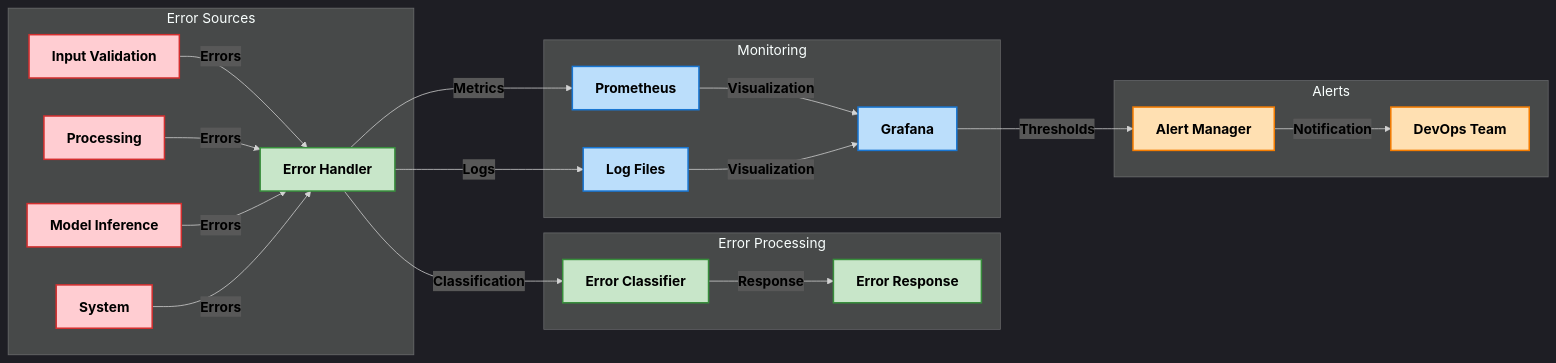
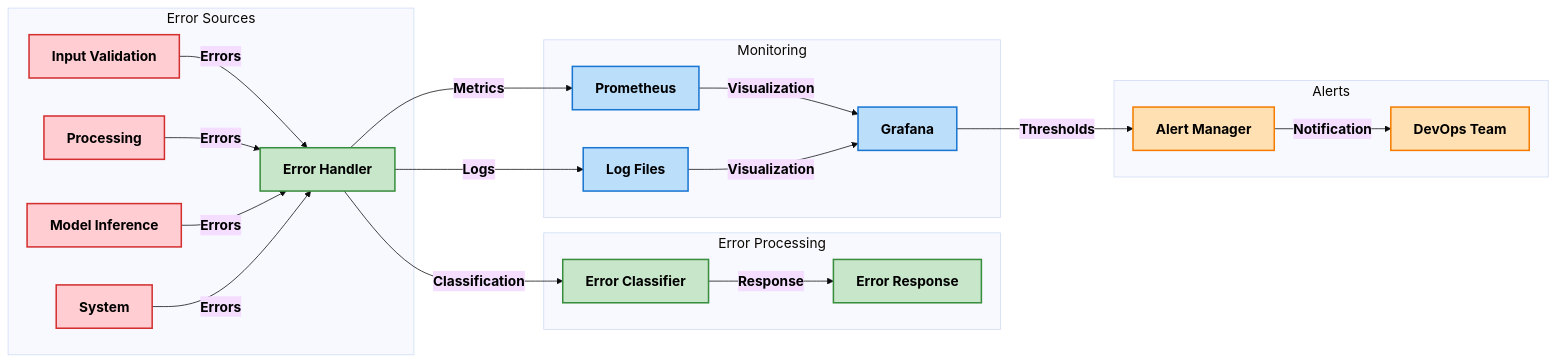
The diagram in docs/images/Error Handling and Monitoring.mmd (Dhruv0306/SymphonyProject1), drawn with Mermaid before and after one commit. The commit also changed 38 other files, not shown here.

```diff
--- a/docs/images/Error Handling and Monitoring.mmd
+++ b/docs/images/Error Handling and Monitoring.mmd
@@ -1,39 +1,39 @@
-%%{init: {'theme': 'dark', 'themeVariables': { 'fontFamily': 'arial', 'fontSize': '18px', 'fontWeight': 'bold'}}}%%
+%%{init: {'theme': 'base', 'themeVariables': { 'fontFamily': 'arial', 'fontSize': '18px', 'fontWeight': 'bold'}}}%%
 graph LR
     subgraph "Error Sources"
         style A1 fill:#ffcdd2,stroke:#d32f2f,stroke-width:2px,color:#000000,font-weight:bold
         style A2 fill:#ffcdd2,stroke:#d32f2f,stroke-width:2px,color:#000000,font-weight:bold
         style A3 fill:#ffcdd2,stroke:#d32f2f,stroke-width:2px,color:#000000,font-weight:bold
         style A4 fill:#ffcdd2,stroke:#d32f2f,stroke-width:2px,color:#000000,font-weight:bold
         A1["Input Validation"] -->|"Errors"| B["Error Handler"]
         A2["Processing"] -->|"Errors"| B
         A3["Model Inference"] -->|"Errors"| B
         A4["System"] -->|"Errors"| B
     end
 
     subgraph "Error Processing"
         style B fill:#c8e6c9,stroke:#388e3c,stroke-width:2px,color:#000000,font-weight:bold
         style C fill:#c8e6c9,stroke:#388e3c,stroke-width:2px,color:#000000,font-weight:bold
         style D fill:#c8e6c9,stroke:#388e3c,stroke-width:2px,color:#000000,font-weight:bold
         B -->|"Classification"| C["Error Classifier"]
         C -->|"Response"| D["Error Response"]
     end
 
     subgraph "Monitoring"
         style E fill:#bbdefb,stroke:#1976d2,stroke-width:2px,color:#000000,font-weight:bold
         style F fill:#bbdefb,stroke:#1976d2,stroke-width:2px,color:#000000,font-weight:bold
         style G fill:#bbdefb,stroke:#1976d2,stroke-width:2px,color:#000000,font-weight:bold
         B -->|"Metrics"| E["Prometheus"]
         B -->|"Logs"| F["Log Files"]
         E & F -->|"Visualization"| G["Grafana"]
     end
 
     subgraph "Alerts"
         style H fill:#ffe0b2,stroke:#f57c00,stroke-width:2px,color:#000000,font-weight:bold
         style I fill:#ffe0b2,stroke:#f57c00,stroke-width:2px,color:#000000,font-weight:bold
         G -->|"Thresholds"| H["Alert Manager"]
         H -->|"Notification"| I["DevOps Team"]
     end
 
     %% Style all edge labels
     linkStyle default color:#000000,font-weight:bold
```
